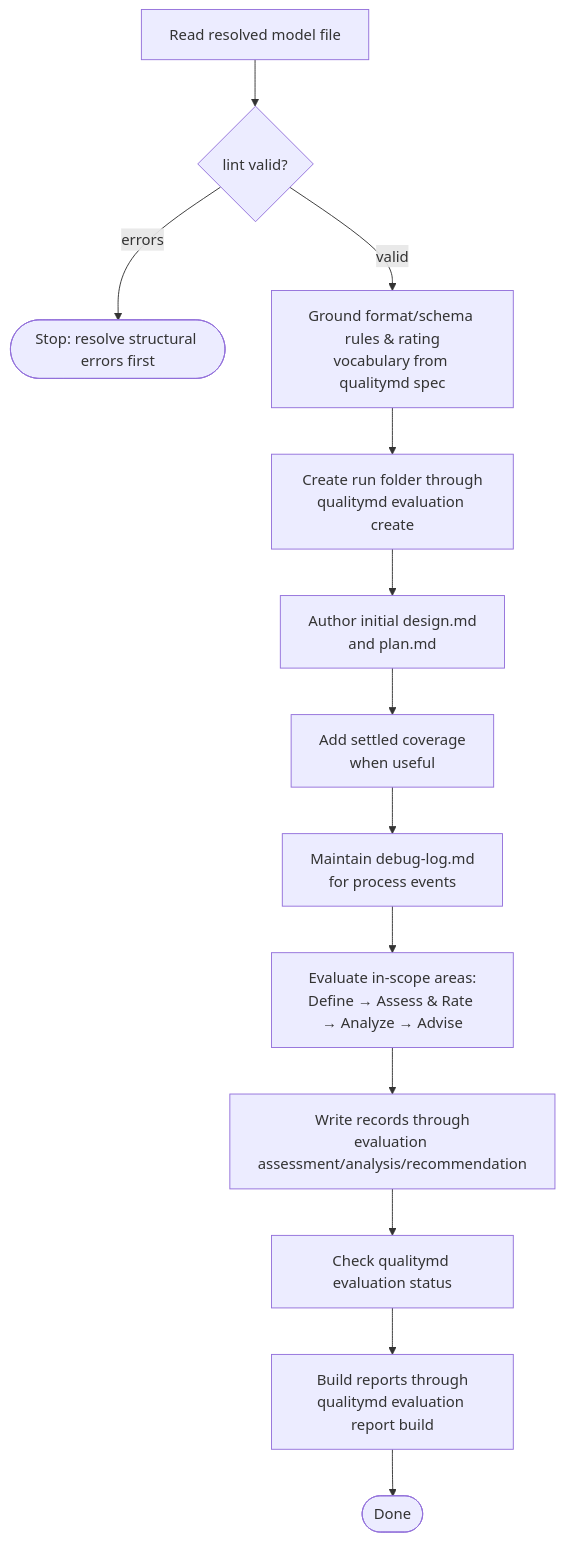
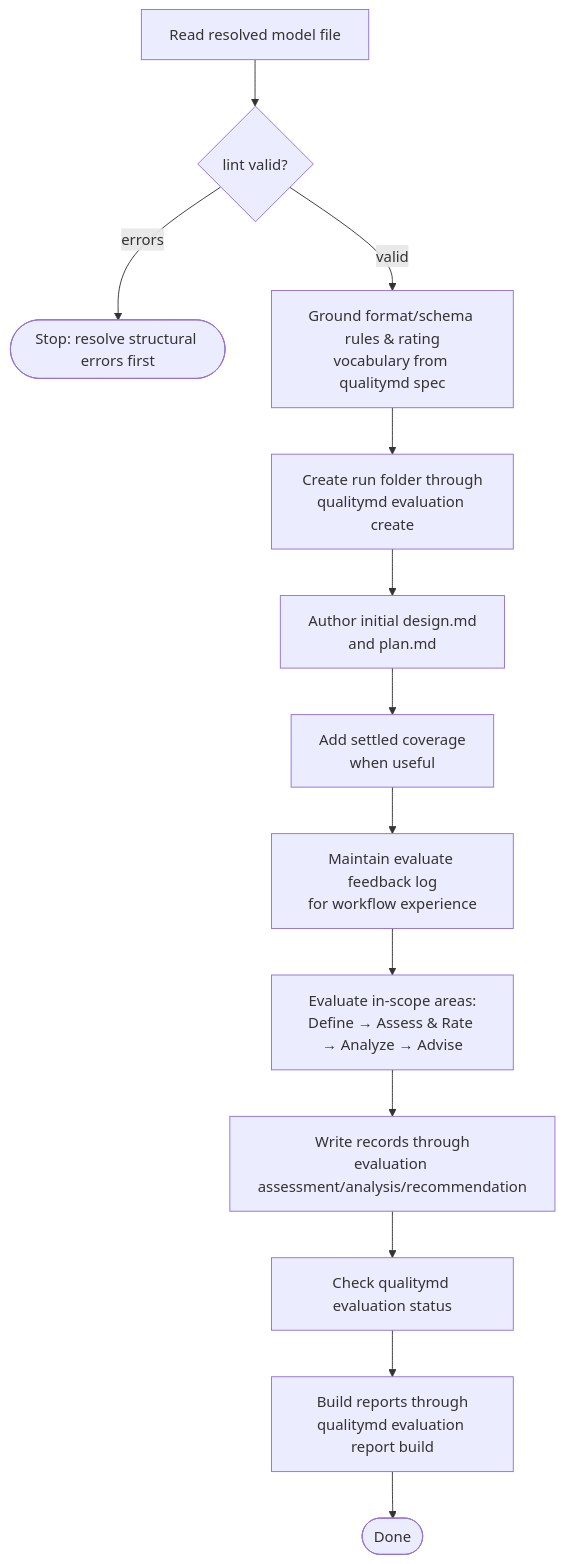
Before and after one commit to qualitymd/quality.md: the diagram in specs/skills/quality-skill/evaluation.md, drawn with Mermaid. The commit also changed other lines of this file and 33 other files, not shown here.

````diff
--- a/specs/skills/quality-skill/evaluation.md
+++ b/specs/skills/quality-skill/evaluation.md
@@ -81,15 +81,15 @@
 ```mermaid
 flowchart TD
     Read[Read resolved model file] --> Lint{lint valid?}
     Lint -->|errors| Stop([Stop: resolve structural errors first])
     Lint -->|valid| Ground[Ground format/schema rules &amp; rating<br/>vocabulary from qualitymd spec]
     Ground --> Run[Create run folder through<br/>qualitymd evaluation create]
     Run --> Plan[Author initial design.md<br/>and plan.md]
     Plan --> Coverage[Add settled coverage<br/>when useful]
-    Coverage --> Log[Maintain debug-log.md<br/>for process events]
+    Coverage --> Log[Maintain evaluate feedback log<br/>for workflow experience]
     Log --> Eval[Evaluate in-scope areas:<br/>Define → Assess &amp; Rate → Analyze → Advise]
     Eval --> Records[Write records through<br/>evaluation assessment/analysis/recommendation]
     Records --> Status[Check qualitymd evaluation status]
     Status --> Report[Build reports through<br/>qualitymd evaluation report build]
     Report --> Done([Done])
 ```
````
